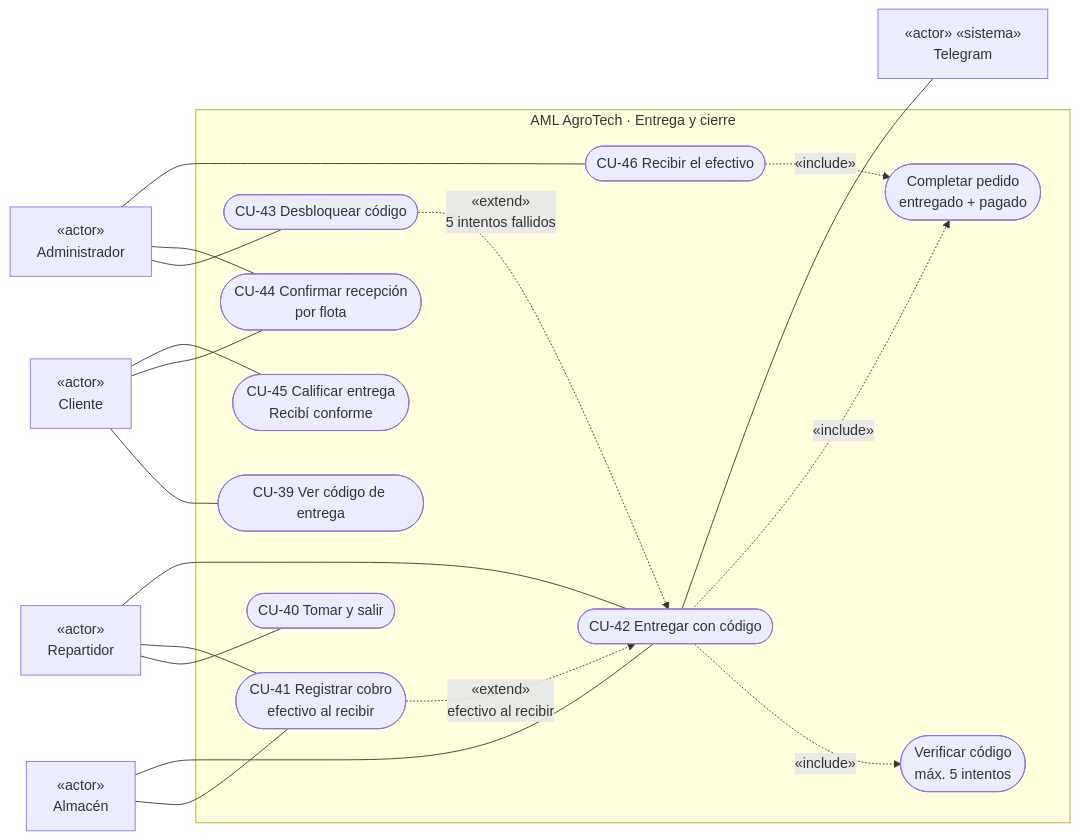
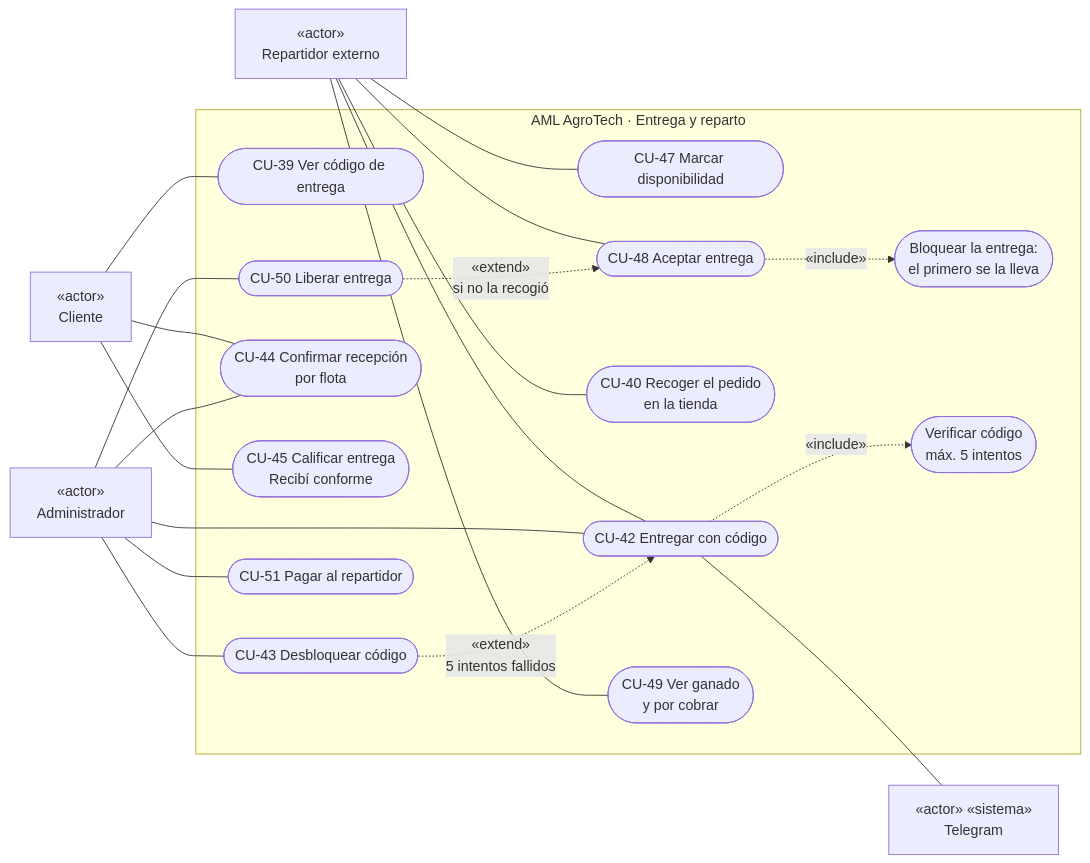
One commit to Almartinezlima/AML-AgroTech changed the ninth of 9 diagrams in docs/uml/casos-de-uso.md. Above: the diagram before and after it, drawn with Mermaid. The commit also changed other lines of this file and 21 other files, not shown here.

Commit message:
docs(entrega): flujo final 9F en specs (pagos solo QR, preparación del admin, entrega, reparto externo y Telegram), casos de uso, UML, OpenAPI, arquitectura, estado y pruebas

````diff
--- a/docs/uml/casos-de-uso.md
+++ b/docs/uml/casos-de-uso.md
@@ -245,37 +243,40 @@
 ```mermaid
 flowchart LR
   C["«actor»<br/>Cliente"]
-  R["«actor»<br/>Repartidor"]
-  AL["«actor»<br/>Almacén"]
+  R["«actor»<br/>Repartidor externo"]
   A["«actor»<br/>Administrador"]
   T["«actor» «sistema»<br/>Telegram"]
-  subgraph ENT["AML AgroTech · Entrega y cierre"]
+  subgraph ENT["AML AgroTech · Entrega y reparto"]
     CU39(["CU-39 Ver código de entrega"])
-    CU40(["CU-40 Tomar y salir"])
-    CU41(["CU-41 Registrar cobro<br/>efectivo al recibir"])
+    CU47(["CU-47 Marcar disponibilidad"])
+    CU48(["CU-48 Aceptar entrega"])
+    CU40(["CU-40 Recoger el pedido<br/>en la tienda"])
     CU42(["CU-42 Entregar con código"])
+    CU49(["CU-49 Ver ganado<br/>y por cobrar"])
     CU43(["CU-43 Desbloquear código"])
     CU44(["CU-44 Confirmar recepción<br/>por flota"])
     CU45(["CU-45 Calificar entrega<br/>Recibí conforme"])
-    CU46(["CU-46 Recibir el efectivo"])
+    CU50(["CU-50 Liberar entrega"])
+    CU51(["CU-51 Pagar al repartidor"])
+    BLO(["Bloquear la entrega:<br/>el primero se la lleva"])
     VER(["Verificar código<br/>máx. 5 intentos"])
-    CER(["Completar pedido<br/>entregado + pagado"])
   end
   C --- CU39
   C --- CU44
   C --- CU45
+  R --- CU47
+  R --- CU48
   R --- CU40
-  R --- CU41
   R --- CU42
-  AL --- CU41
-  AL --- CU42
+  R --- CU49
+  A --- CU42
   A --- CU43
   A --- CU44
-  A --- CU46
+  A --- CU50
+  A --- CU51
+  CU48 -.->|«include»| BLO
   CU42 -.->|«include»| VER
-  CU42 -.->|«include»| CER
-  CU46 -.->|«include»| CER
-  CU41 -.->|«extend»<br/>efectivo al recibir| CU42
   CU43 -.->|«extend»<br/>5 intentos fallidos| CU42
+  CU50 -.->|«extend»<br/>si no la recogió| CU48
   CU42 --- T
 ```
````
